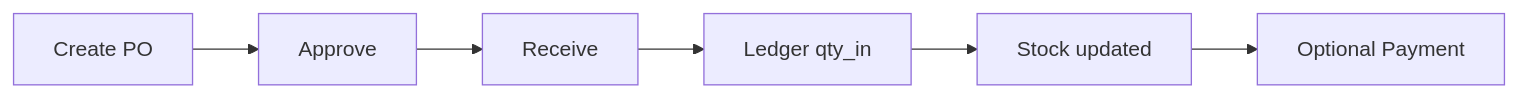
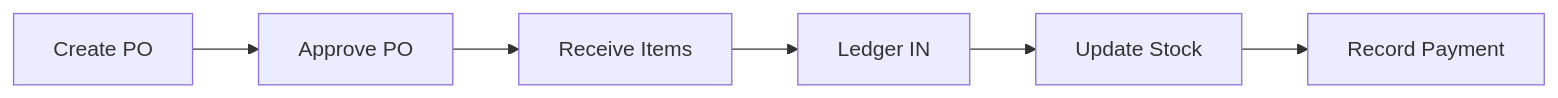
The second of 17 diagrams in docs/erd.md (Masterly0607/stock-management), drawn with Mermaid before and after one commit. The commit also changed other lines of this file, not shown here.

````diff
--- a/docs/erd.md
+++ b/docs/erd.md
@@ -116,8 +96,8 @@
 ```mermaid
 flowchart LR
-  A[Create PO] --> B[Approve]
-  B --> C[Receive]
-  C --> L[Ledger qty_in]
-  L --> S[Stock updated]
-  S --> P[Optional Payment]
+  A[Create PO] --> B[Approve PO]
+  B --> C[Receive Items]
+  C --> L[Ledger IN]
+  L --> S[Update Stock]
+  S --> P[Record Payment]
 ```
````
